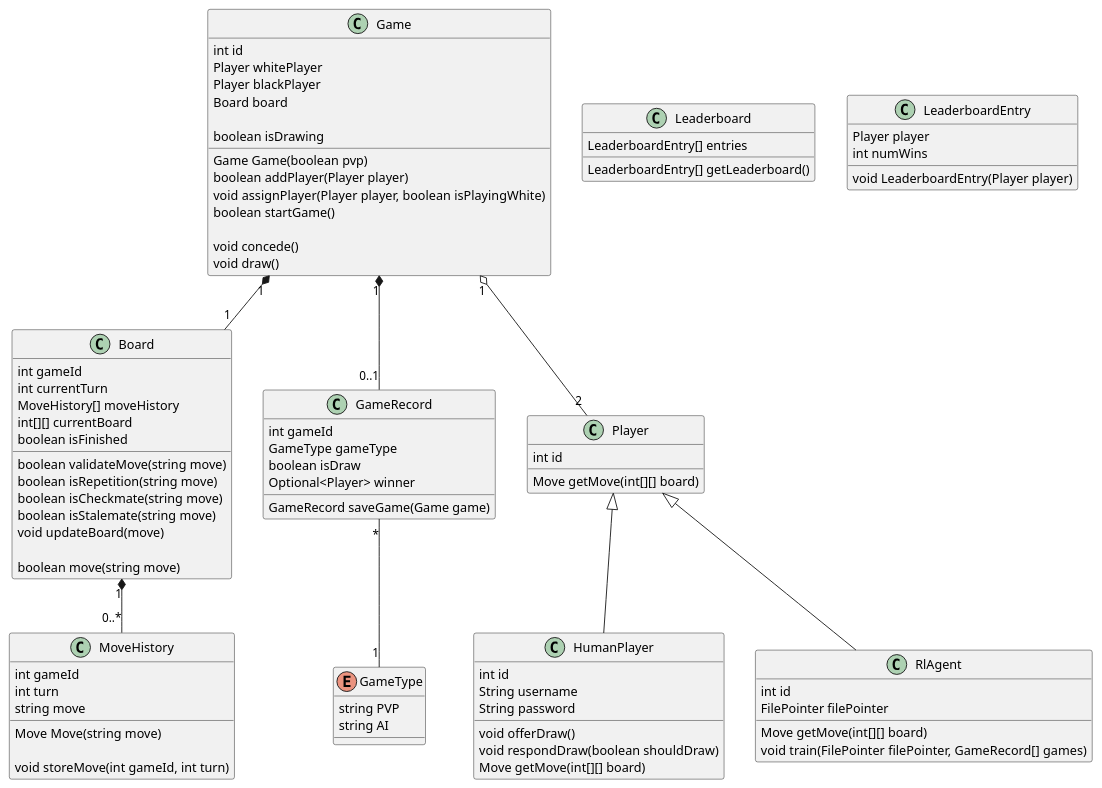
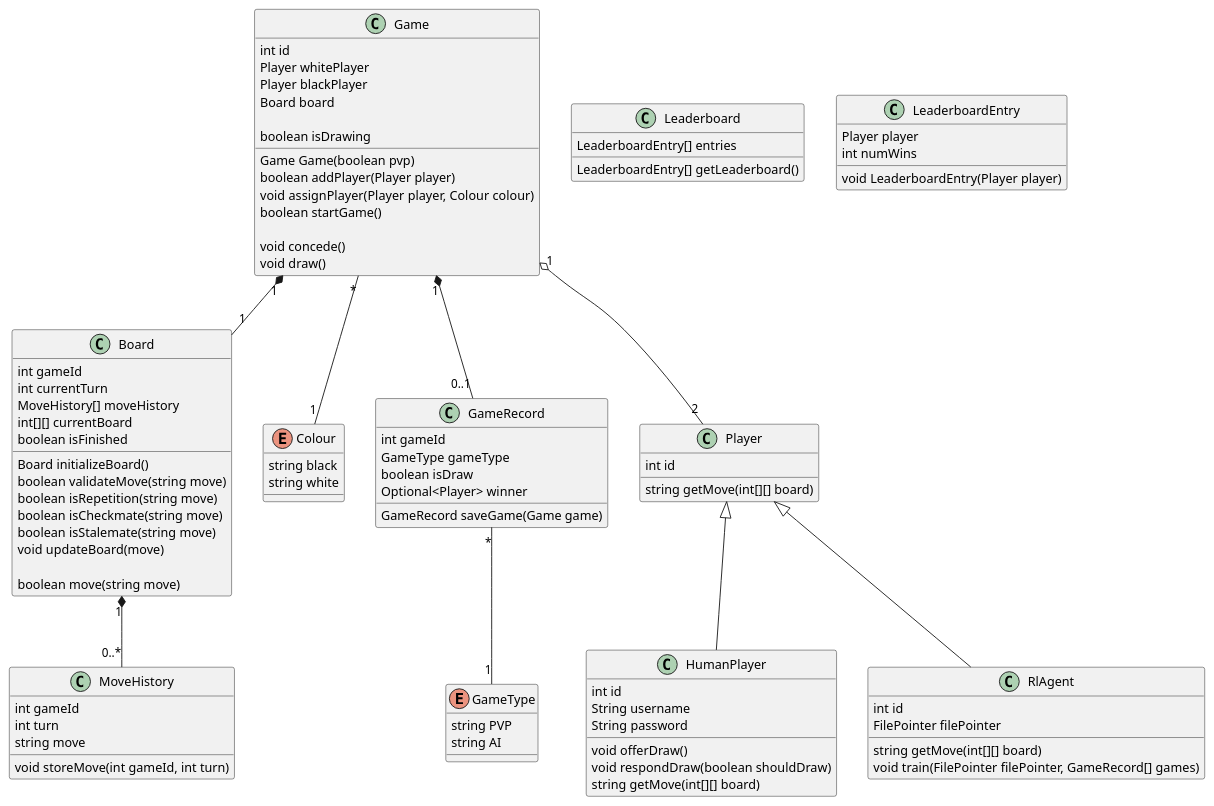
The diagram in docs/preliminary_design_diagrams/classdiagram.puml (ECE493-W22-G04/rl-chess), drawn with PlantUML before and after one commit. The commit also changed 1 other file, not shown here.

Commit message:
tweak class diagram types and functions

```diff
--- a/docs/preliminary_design_diagrams/classdiagram.puml
+++ b/docs/preliminary_design_diagrams/classdiagram.puml
@@ -1,110 +1,116 @@
-@startuml
+@startuml Class Diagram
 
 class Board {
   int gameId
   int currentTurn
   MoveHistory[] moveHistory
   int[][] currentBoard
   boolean isFinished
 
+  Board initializeBoard()
   boolean validateMove(string move)
   boolean isRepetition(string move)
   boolean isCheckmate(string move)
   boolean isStalemate(string move)
   void updateBoard(move)
 
   boolean move(string move)
 }
 
 class MoveHistory {
   int gameId
   int turn
   string move
-
-  Move Move(string move)
 
   void storeMove(int gameId, int turn)
 }
 
 Board "1" *-- "0..*" MoveHistory
 
 class Game {
   int id
   Player whitePlayer
   Player blackPlayer
   Board board
   
   boolean isDrawing
 
   Game Game(boolean pvp)
   boolean addPlayer(Player player)
-  void assignPlayer(Player player, boolean isPlayingWhite)
+  void assignPlayer(Player player, Colour colour)
   boolean startGame()
 
   void concede()
   void draw()
 }
+
+enum Colour {
+    string black
+    string white
+}
+
+Game "*" -- "1" Colour
 
 Game "1" *-- "1" Board
 
 class GameRecord {
   int gameId
   GameType gameType
   boolean isDraw
   Optional<Player> winner
   
   GameRecord saveGame(Game game)
 }
 
 enum GameType {
   string PVP
   string AI
 }
 
 GameRecord "*" -- "1" GameType
 
 class Player {
   int id
 
-  Move getMove(int[][] board)
+  string getMove(int[][] board)
 }
 
 class HumanPlayer {
   int id
   String username
   String password
 
   void offerDraw()
   void respondDraw(boolean shouldDraw)
-  Move getMove(int[][] board)
+  string getMove(int[][] board)
 }
 
 class RlAgent {
   int id
   FilePointer filePointer
 
-  Move getMove(int[][] board)
+  string getMove(int[][] board)
   void train(FilePointer filePointer, GameRecord[] games)
 }
 
 Game "1" o-- "2" Player
 
 Player <|-- RlAgent
 Player <|-- HumanPlayer
 
 Game "1" *-- "0..1" GameRecord
 
 class Leaderboard {
   LeaderboardEntry[] entries
 
   LeaderboardEntry[] getLeaderboard()
 }
 
 class LeaderboardEntry {
   Player player
   int numWins
 
   void LeaderboardEntry(Player player)
 }
 
 @enduml
```
